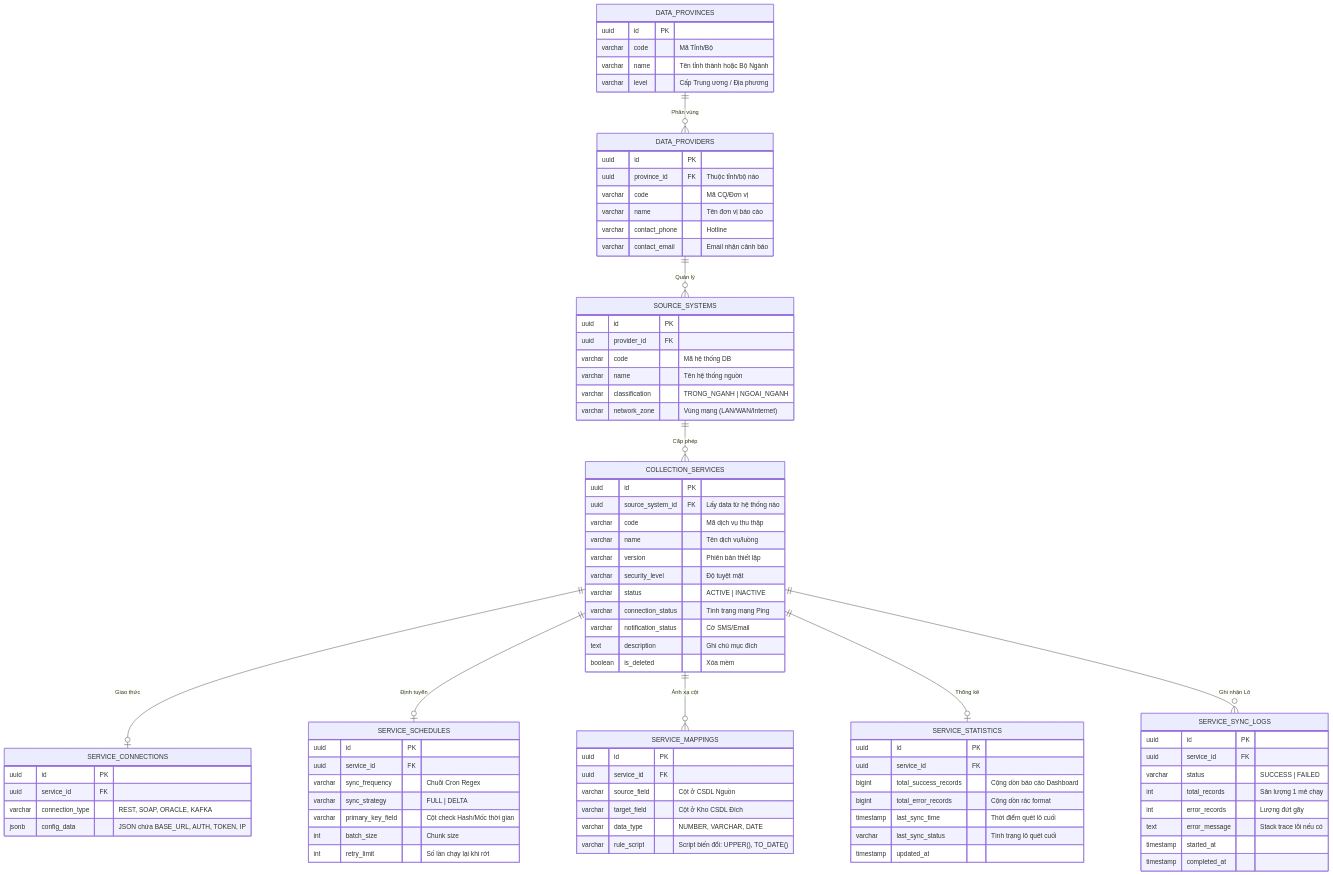
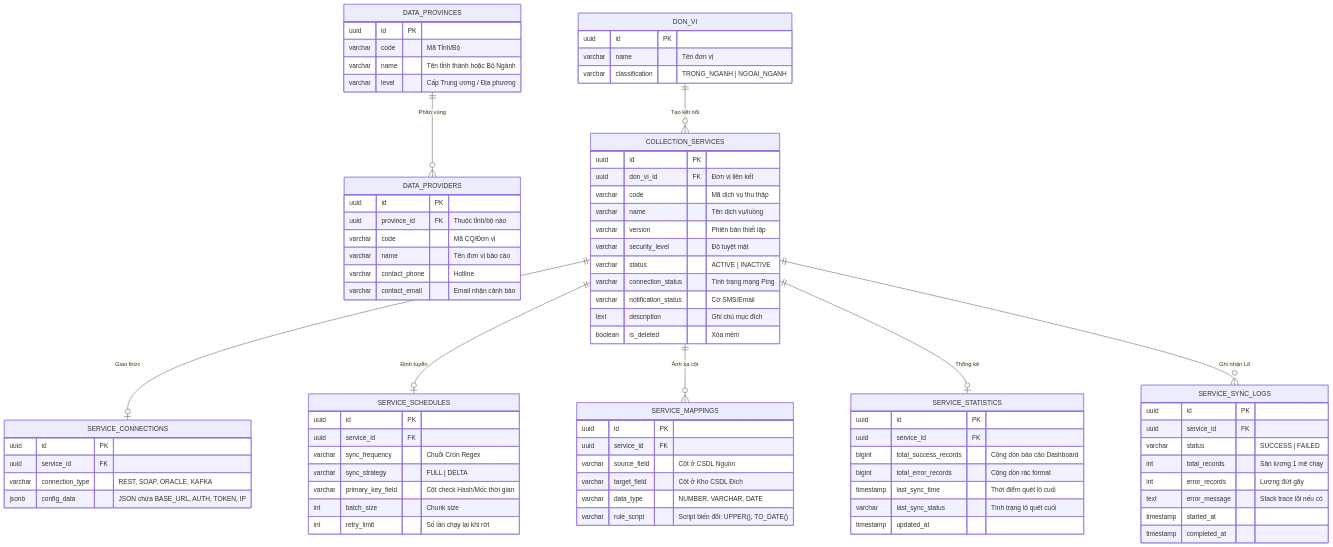
Before and after one commit to phanphuong19799-svg/BTP-DLDC: the diagram in tailieu/tailieutkct/Database_Module_ThuThap.md, drawn with Mermaid. The commit also changed other lines of this file and 19 other files, not shown here.

````diff
--- a/tailieu/tailieutkct/Database_Module_ThuThap.md
+++ b/tailieu/tailieutkct/Database_Module_ThuThap.md
@@ -11,8 +11,7 @@
 ```mermaid
 erDiagram
     DATA_PROVINCES ||--o{ DATA_PROVIDERS : "Phân vùng"
-    DATA_PROVIDERS ||--o{ SOURCE_SYSTEMS : "Quản lý"
-    SOURCE_SYSTEMS ||--o{ COLLECTION_SERVICES : "Cấp phép"
+    DON_VI ||--o{ COLLECTION_SERVICES : "Tạo kết nối"
     
     COLLECTION_SERVICES ||--o| SERVICE_CONNECTIONS : "Giao thức"
     COLLECTION_SERVICES ||--o| SERVICE_SCHEDULES : "Định tuyến"
@@ -37,18 +36,15 @@
         varchar contact_email "Email nhận cảnh báo"
     }
 
-    SOURCE_SYSTEMS {
+    DON_VI {
         uuid id PK
-        uuid provider_id FK
-        varchar code "Mã hệ thống DB"
-        varchar name "Tên hệ thống nguồn"
+        varchar name "Tên đơn vị"
         varchar classification "TRONG_NGANH | NGOAI_NGANH"
-        varchar network_zone "Vùng mạng (LAN/WAN/Internet)"
     }
 
     COLLECTION_SERVICES {
         uuid id PK
-        uuid source_system_id FK "Lấy data từ hệ thống nào"
+        uuid don_vi_id FK "Đơn vị liên kết"
         varchar code "Mã dịch vụ thu thập"
         varchar name "Tên dịch vụ/luồng"
         varchar version "Phiên bản thiết lập"
````
